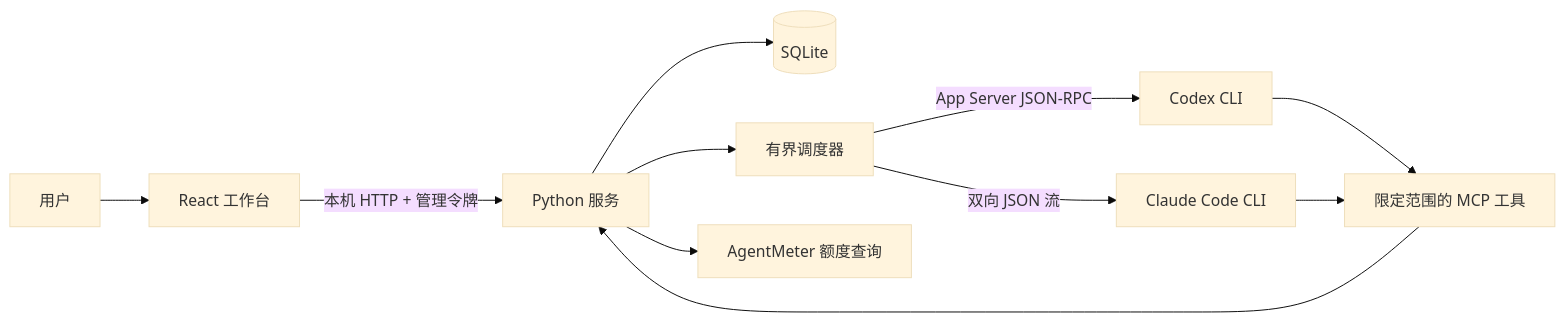
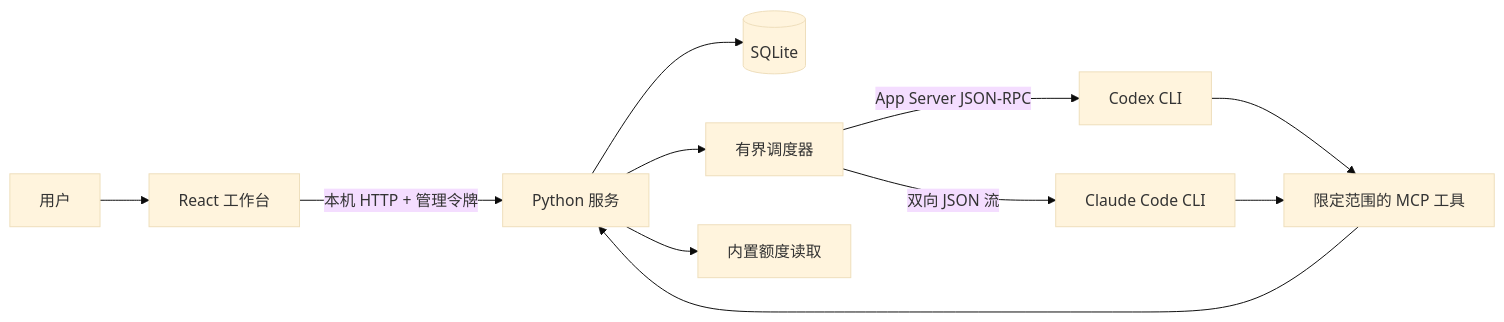
Before and after one commit to NginxL/AgentDock: the first of 3 diagrams in docs/ARCHITECTURE.zh-CN.md, drawn with Mermaid (base theme). The commit also changed other lines of this file and 40 other files, not shown here.

````diff
--- a/docs/ARCHITECTURE.zh-CN.md
+++ b/docs/ARCHITECTURE.zh-CN.md
@@ -9,13 +9,13 @@
 ```mermaid
 flowchart LR
   Human[用户] --> UI[React 工作台]
   UI -->|本机 HTTP + 管理令牌| API[Python 服务]
   API --> DB[(SQLite)]
   API --> Queue[有界调度器]
   Queue -->|App Server JSON-RPC| Codex[Codex CLI]
   Queue -->|双向 JSON 流| Claude[Claude Code CLI]
   Codex --> MCP[限定范围的 MCP 工具]
   Claude --> MCP
   MCP --> API
-  API --> Meter[AgentMeter 额度查询]
+  API --> Meter[内置额度读取]
 ```
````
